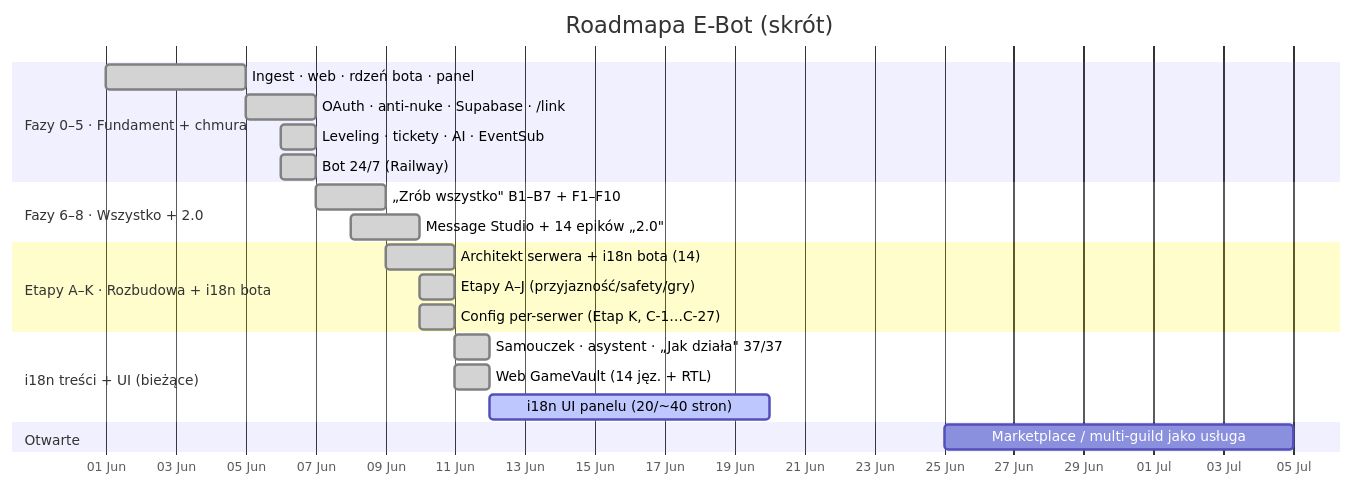
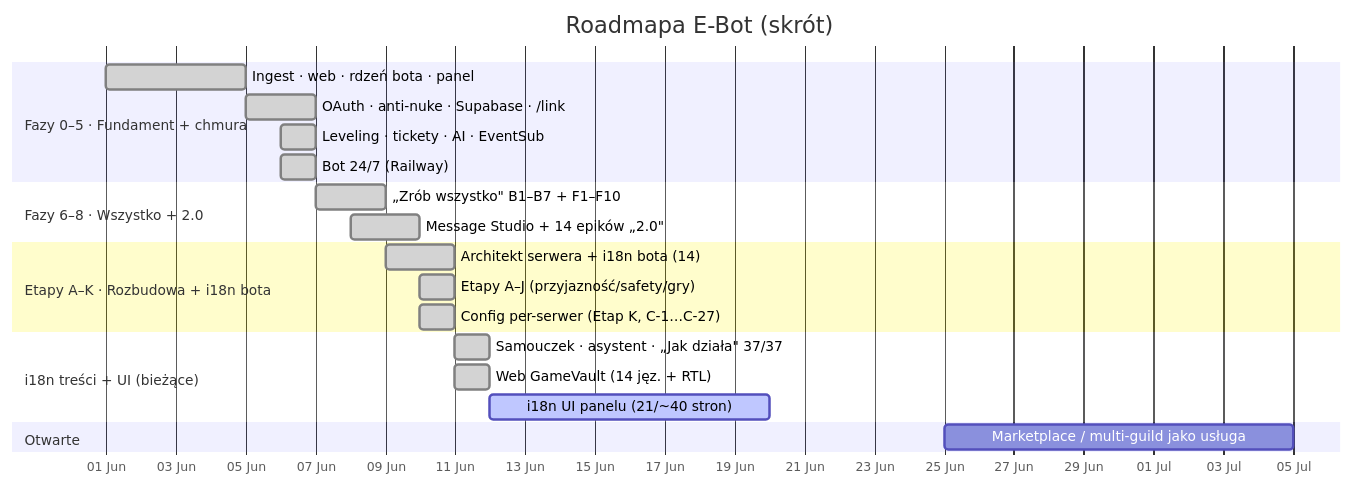
Before and after one commit to Gh0s777tt/E-Bot: the first of 2 diagrams in docs/ROADMAP.md, drawn with Mermaid. The commit also changed other lines of this file and 6 other files, not shown here.

````diff
--- a/docs/ROADMAP.md
+++ b/docs/ROADMAP.md
@@ -23,24 +23,24 @@
 ```mermaid
 gantt
   title Roadmapa E-Bot (skrót)
   dateFormat YYYY-MM-DD
   axisFormat %d %b
   section Fazy 0–5 · Fundament + chmura
   Ingest · web · rdzeń bota · panel    :done, f0, 2026-06-01, 4d
   OAuth · anti-nuke · Supabase · /link :done, f1, 2026-06-05, 2d
   Leveling · tickety · AI · EventSub   :done, f4, 2026-06-06, 1d
   Bot 24/7 (Railway)                   :done, f5, 2026-06-06, 1d
   section Fazy 6–8 · Wszystko + 2.0
   „Zrób wszystko" B1–B7 + F1–F10       :done, f7, 2026-06-07, 2d
   Message Studio + 14 epików „2.0"     :done, f8, 2026-06-08, 2d
   section Etapy A–K · Rozbudowa + i18n bota
   Architekt serwera + i18n bota (14)   :done, ek1, 2026-06-09, 2d
   Etapy A–J (przyjazność/safety/gry)   :done, ek2, 2026-06-10, 1d
   Config per-serwer (Etap K, C-1…C-27) :done, ek3, 2026-06-10, 1d
   section i18n treści + UI (bieżące)
   Samouczek · asystent · „Jak działa" 37/37 :done, i1, 2026-06-11, 1d
   Web GameVault (14 jęz. + RTL)        :done, i2, 2026-06-11, 1d
-  i18n UI panelu (20/~40 stron)        :active, i3, 2026-06-12, 8d
+  i18n UI panelu (21/~40 stron)        :active, i3, 2026-06-12, 8d
   section Otwarte
   Marketplace / multi-guild jako usługa :        mk, 2026-06-25, 10d
 ```
````
